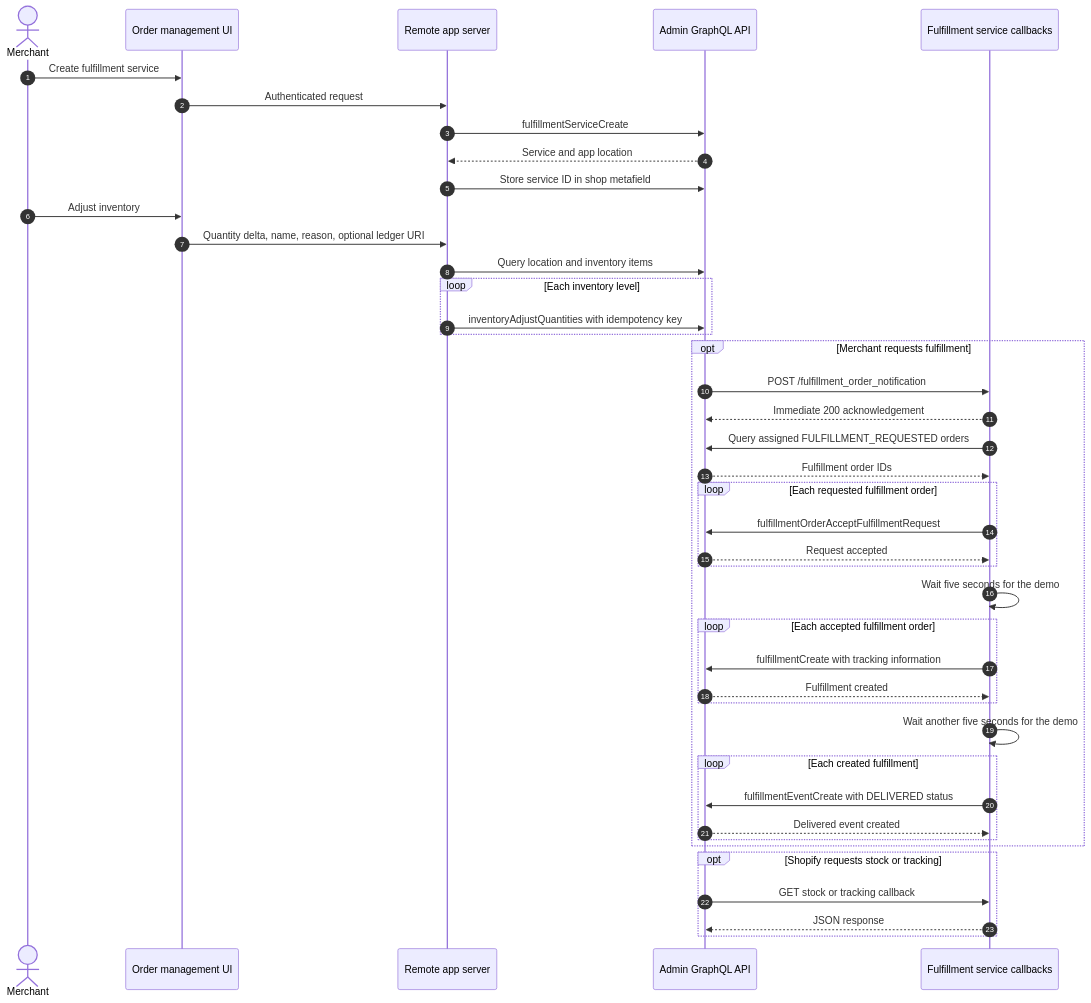
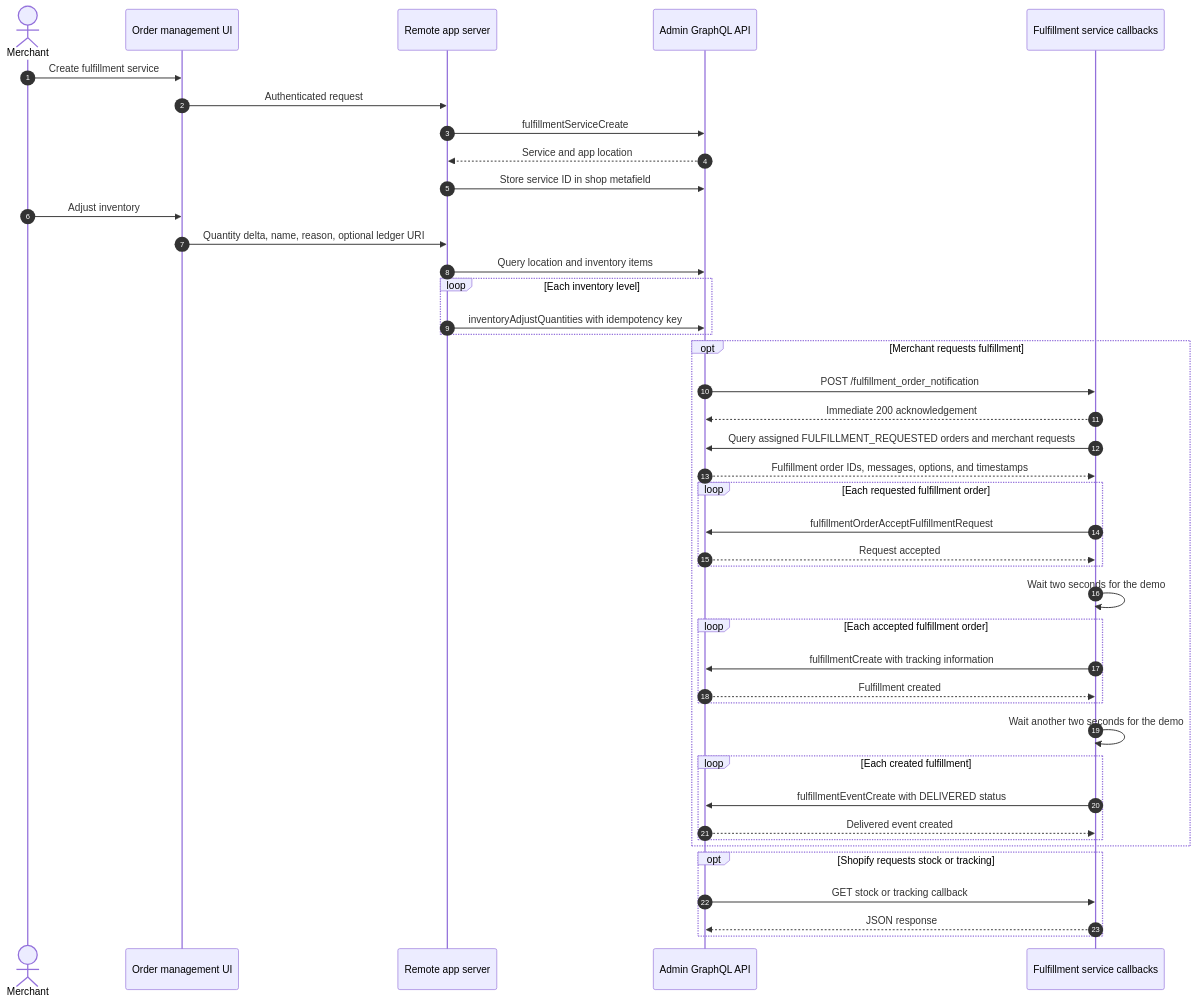
One commit to benzookapi/shopify-barebone-app-sample changed the second of 3 diagrams in docs/13-ordermanage.md. Above: the diagram before and after it, drawn with Mermaid. The commit also changed other lines of this file and 4 other files, not shown here.

````diff
--- a/docs/13-ordermanage.md
+++ b/docs/13-ordermanage.md
@@ -43,45 +43,45 @@
 ```mermaid
 sequenceDiagram
     autonumber
     actor Merchant
     participant UI as Order management UI
     participant App as Remote app server
     participant API as Admin GraphQL API
     participant Service as Fulfillment service callbacks
 
     Merchant->>UI: Create fulfillment service
     UI->>App: Authenticated request
     App->>API: fulfillmentServiceCreate
     API-->>App: Service and app location
     App->>API: Store service ID in shop metafield
     Merchant->>UI: Adjust inventory
     UI->>App: Quantity delta, name, reason, optional ledger URI
     App->>API: Query location and inventory items
     loop Each inventory level
         App->>API: inventoryAdjustQuantities with idempotency key
     end
     opt Merchant requests fulfillment
         API->>Service: POST /fulfillment_order_notification
         Service-->>API: Immediate 200 acknowledgement
-        Service->>API: Query assigned FULFILLMENT_REQUESTED orders
-        API-->>Service: Fulfillment order IDs
+        Service->>API: Query assigned FULFILLMENT_REQUESTED orders and merchant requests
+        API-->>Service: Fulfillment order IDs, messages, options, and timestamps
         loop Each requested fulfillment order
             Service->>API: fulfillmentOrderAcceptFulfillmentRequest
             API-->>Service: Request accepted
         end
-        Service->>Service: Wait five seconds for the demo
+        Service->>Service: Wait two seconds for the demo
         loop Each accepted fulfillment order
             Service->>API: fulfillmentCreate with tracking information
             API-->>Service: Fulfillment created
         end
-        Service->>Service: Wait another five seconds for the demo
+        Service->>Service: Wait another two seconds for the demo
         loop Each created fulfillment
             Service->>API: fulfillmentEventCreate with DELIVERED status
             API-->>Service: Delivered event created
         end
     end
     opt Shopify requests stock or tracking
         API->>Service: GET stock or tracking callback
         Service-->>API: JSON response
     end
 ```
````
